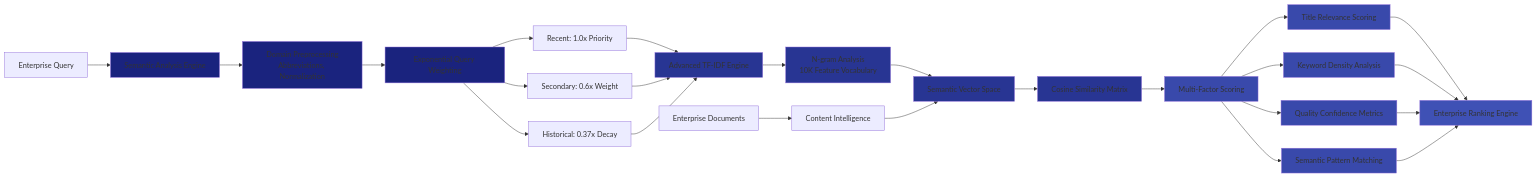
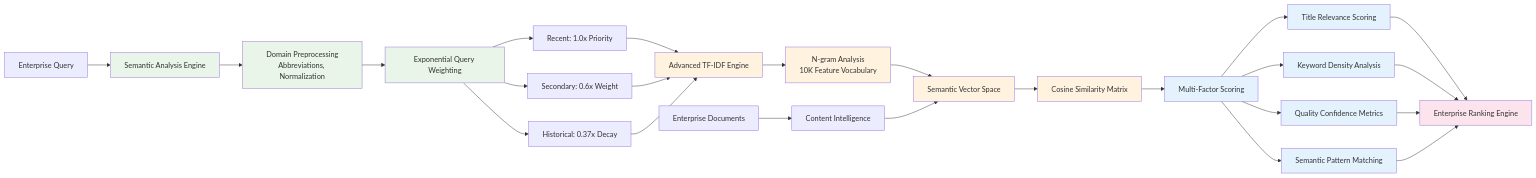
The second of 5 diagrams in README.md (skandvijay/discover-recommendation), drawn with Mermaid before and after one commit. The commit also changed other lines of this file, not shown here.

Commit message:
Diagram Update

````diff
--- a/README.md
+++ b/README.md
@@ -126,43 +126,43 @@
 ```mermaid
 flowchart LR
     QUERY[Enterprise Query] --> ANALYZE[Semantic Analysis Engine]
     ANALYZE --> EXPAND[Domain Preprocessing<br/>Abbreviations, Normalization]
     
     EXPAND --> WEIGHT[Exponential Query Weighting]
     WEIGHT --> RECENT[Recent: 1.0x Priority]
     WEIGHT --> SECOND[Secondary: 0.6x Weight]
     WEIGHT --> HISTORICAL[Historical: 0.37x Decay]
     
     RECENT --> TFIDF[Advanced TF-IDF Engine]
     SECOND --> TFIDF
     HISTORICAL --> TFIDF
     
     TFIDF --> NGRAMS[N-gram Analysis<br/>10K Feature Vocabulary]
     NGRAMS --> VECTORS[Semantic Vector Space]
     
     DOCS[Enterprise Documents] --> PROCESS[Content Intelligence]
     PROCESS --> VECTORS
     
     VECTORS --> SIMILARITY[Cosine Similarity Matrix]
     SIMILARITY --> BOOST[Multi-Factor Scoring]
     
     BOOST --> TITLE[Title Relevance Scoring]
     BOOST --> DENSITY[Keyword Density Analysis]
     BOOST --> QUALITY[Quality Confidence Metrics]
     BOOST --> ALIGNMENT[Semantic Pattern Matching]
     
     TITLE --> RANK[Enterprise Ranking Engine]
     DENSITY --> RANK
     QUALITY --> RANK
     ALIGNMENT --> RANK
     
-    classDef enterprise fill:#1a237e
-    classDef intelligence fill:#283593
-    classDef processing fill:#3949ab
-    classDef scoring fill:#3f51b5
+    classDef enterprise fill:#e8f5e8
+    classDef intelligence fill:#fff3e0
+    classDef processing fill:#e3f2fd
+    classDef scoring fill:#fce4ec
     
     class ANALYZE,EXPAND,WEIGHT enterprise
     class TFIDF,NGRAMS,VECTORS,SIMILARITY intelligence
     class BOOST,TITLE,DENSITY,QUALITY,ALIGNMENT processing
     class RANK scoring
 ```
````
